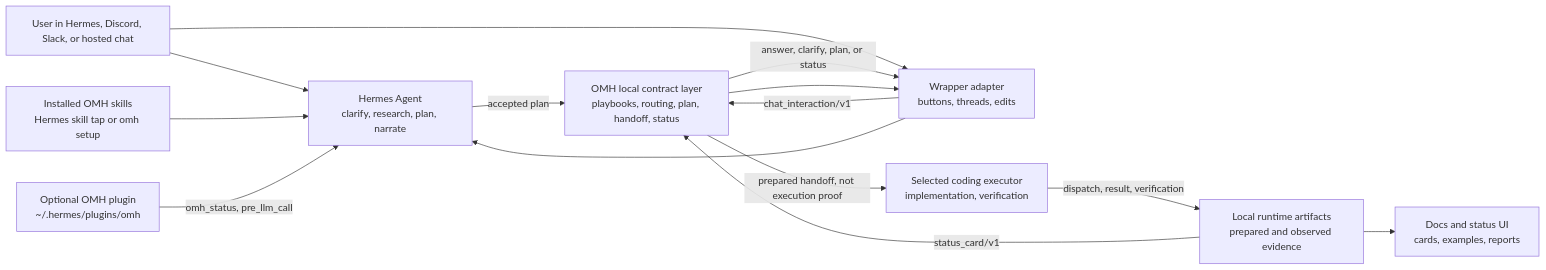
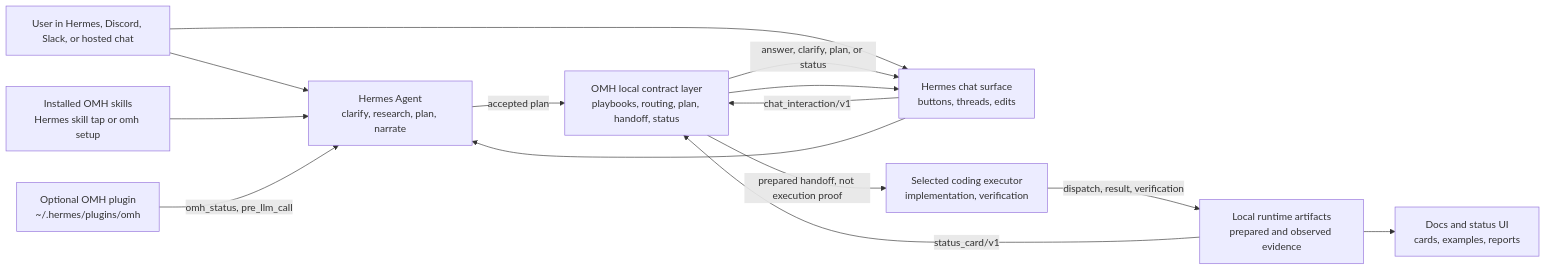
Before and after one commit to rlaope/oh-my-hermes: the diagram in docs/ARCHITECTURE.md, drawn with Mermaid. The commit also changed other lines of this file and 20 other files, not shown here.

````diff
--- a/docs/ARCHITECTURE.md
+++ b/docs/ARCHITECTURE.md
@@ -30,26 +30,26 @@
 ```mermaid
 flowchart LR
   user["User in Hermes, Discord, Slack, or hosted chat"]
   skills["Installed OMH skills\nHermes skill tap or omh setup"]
   plugin["Optional OMH plugin\n~/.hermes/plugins/omh"]
-  wrapper["Wrapper adapter\nbuttons, threads, edits"]
+  wrapper["Hermes chat surface\nbuttons, threads, edits"]
   omh["OMH local contract layer\nplaybooks, routing, plan, handoff, status"]
   hermes["Hermes Agent\nclarify, research, plan, narrate"]
   executor["Selected coding executor\nimplementation, verification"]
   runtime["Local runtime artifacts\nprepared and observed evidence"]
   site["Docs and status UI\ncards, examples, reports"]
 
   user --> hermes
   skills --> hermes
   plugin -->|"omh_status, pre_llm_call"| hermes
   user --> wrapper
   wrapper -->|"chat_interaction/v1"| omh
   omh -->|"answer, clarify, plan, or status"| wrapper
   wrapper --> hermes
   hermes -->|"accepted plan"| omh
   omh -->|"prepared handoff, not execution proof"| executor
   executor -->|"dispatch, result, verification"| runtime
   runtime -->|"status_card/v1"| omh
   omh --> wrapper
   runtime --> site
 ```
````
